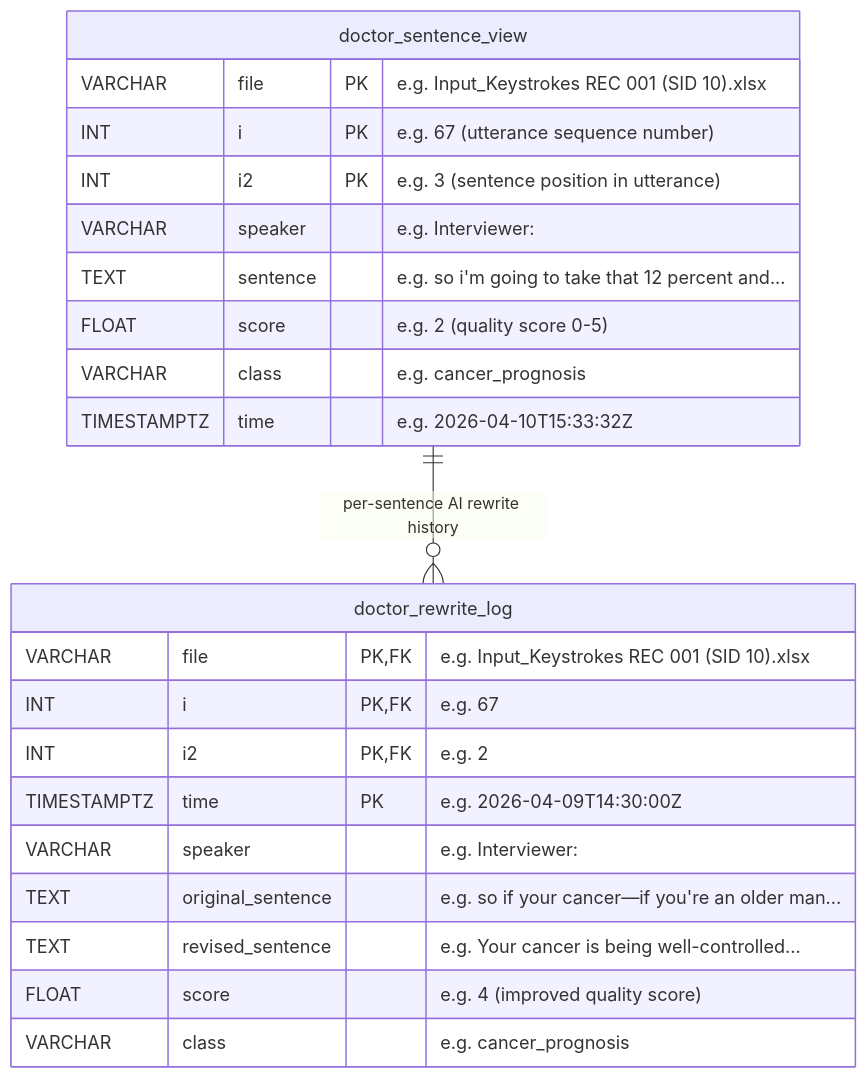
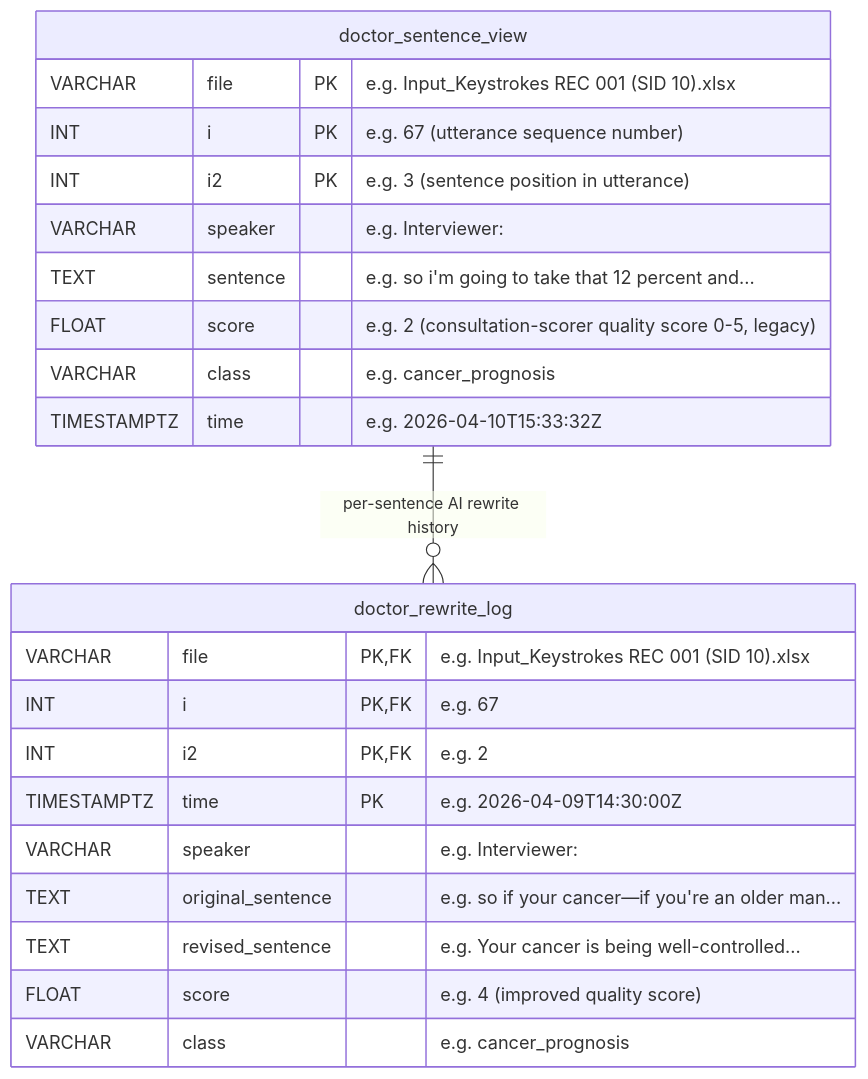
The first of 6 diagrams in app/Backend/patient_doctor_interface_erd_v3_en.md (HyunjunA/Prostate_cancer_consultation), drawn with Mermaid before and after one commit. The commit also changed other lines of this file and 1 other file, not shown here.

First line of the commit message:
docs: update ERD v3 and schema to match actual implementation

````diff
--- a/app/Backend/patient_doctor_interface_erd_v3_en.md
+++ b/app/Backend/patient_doctor_interface_erd_v3_en.md
@@ -7,27 +7,27 @@
 ```mermaid
 erDiagram
     doctor_sentence_view {
         VARCHAR file PK "e.g. Input_Keystrokes REC 001 (SID 10).xlsx"
         INT i PK "e.g. 67 (utterance sequence number)"
         INT i2 PK "e.g. 3 (sentence position in utterance)"
         VARCHAR speaker "e.g. Interviewer:"
         TEXT sentence "e.g. so i'm going to take that 12 percent and..."
-        FLOAT score "e.g. 2 (quality score 0-5)"
+        FLOAT score "e.g. 2 (consultation-scorer quality score 0-5, legacy)"
         VARCHAR class "e.g. cancer_prognosis"
         TIMESTAMPTZ time "e.g. 2026-04-10T15:33:32Z"
     }
 
     doctor_rewrite_log {
         VARCHAR file PK,FK "e.g. Input_Keystrokes REC 001 (SID 10).xlsx"
         INT i PK,FK "e.g. 67"
         INT i2 PK,FK "e.g. 2"
         TIMESTAMPTZ time PK "e.g. 2026-04-09T14:30:00Z"
         VARCHAR speaker "e.g. Interviewer:"
         TEXT original_sentence "e.g. so if your cancer—if you're an older man..."
         TEXT revised_sentence "e.g. Your cancer is being well-controlled..."
         FLOAT score "e.g. 4 (improved quality score)"
         VARCHAR class "e.g. cancer_prognosis"
     }
 
     doctor_sentence_view ||--o{ doctor_rewrite_log : "per-sentence AI rewrite history"
 ```
````
